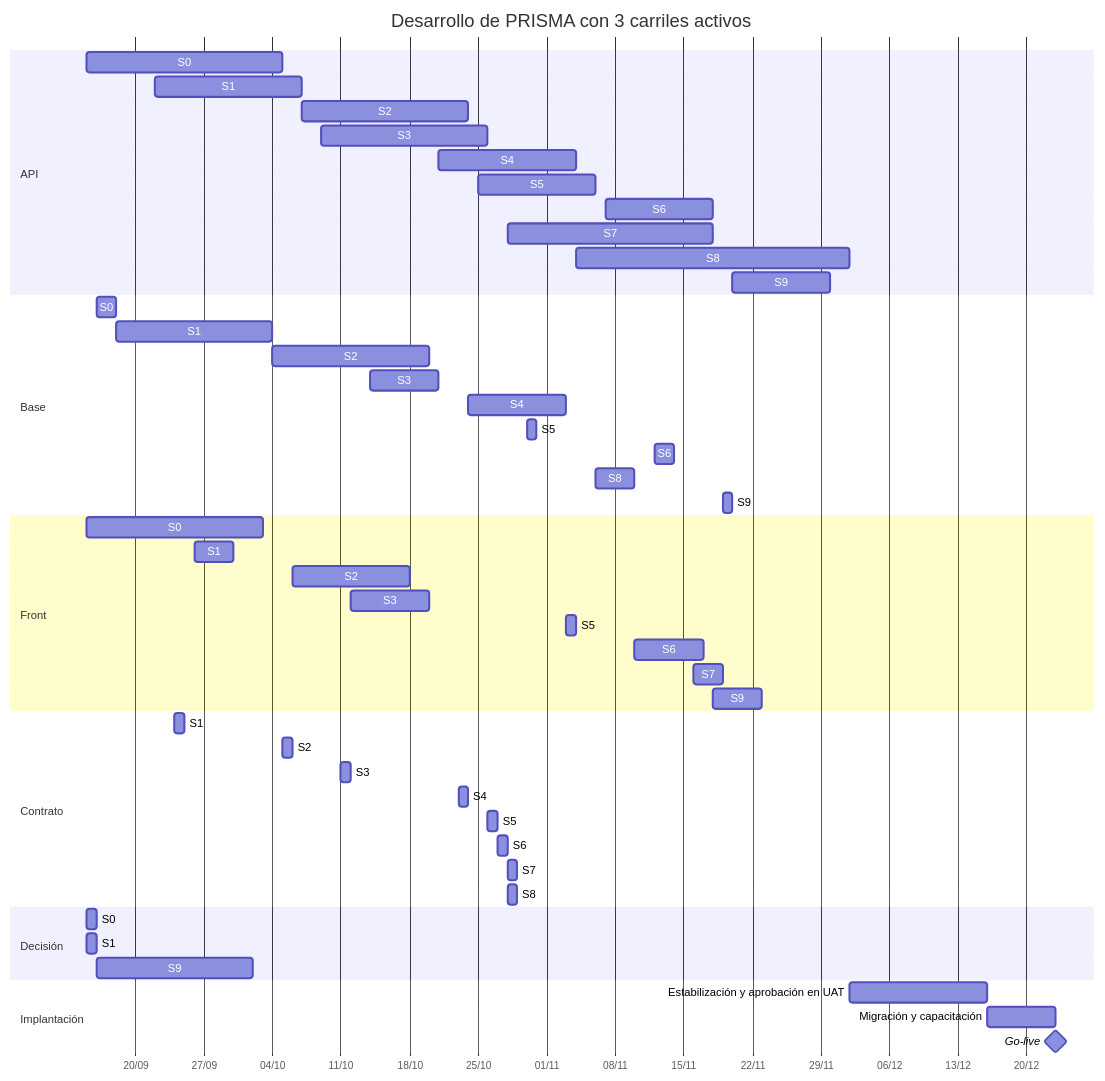
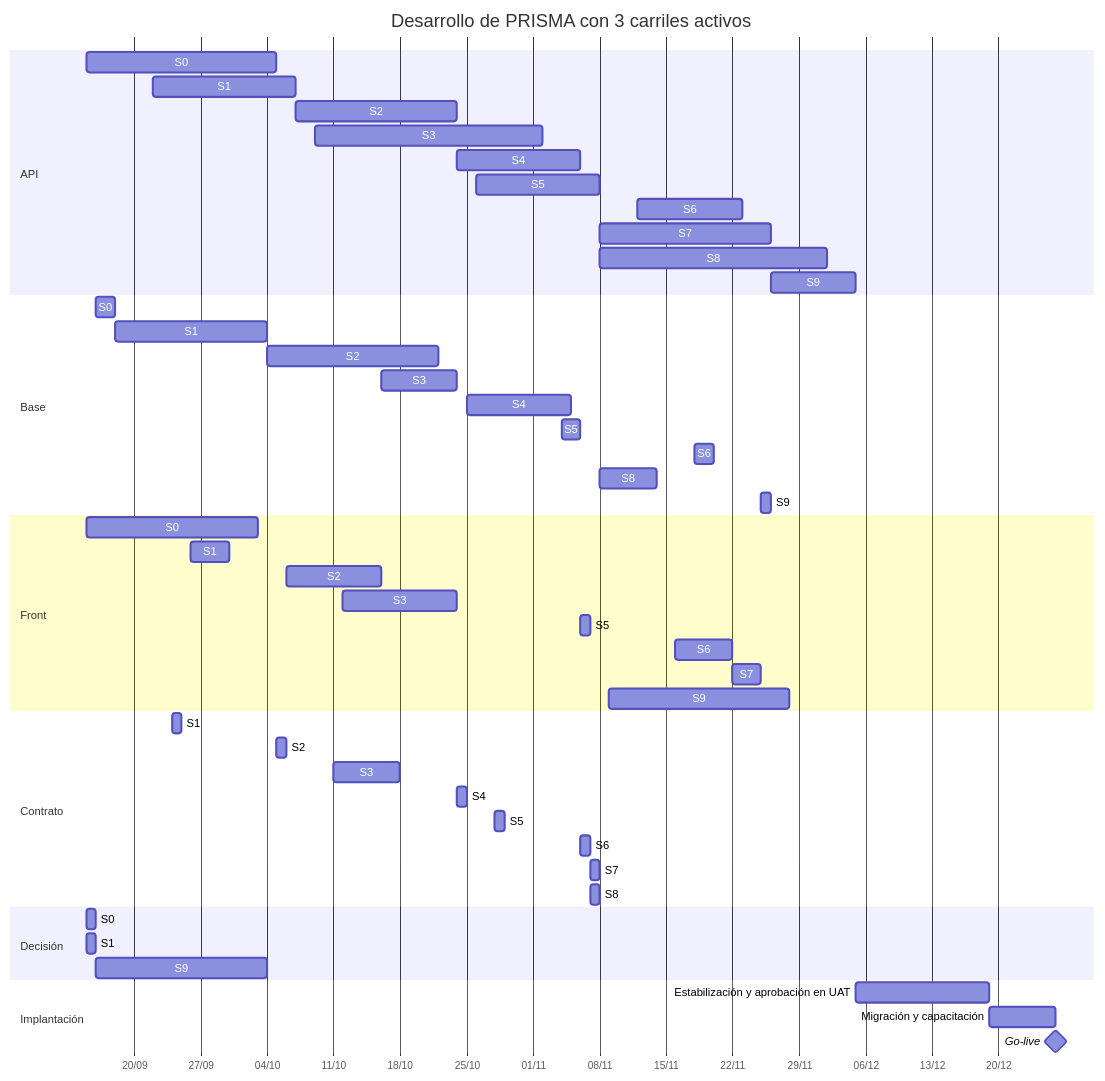
Before and after one commit to Juanchope039/Finanzas-PRISMA: the first of 2 diagrams in docs/08-plan-de-desarrollo.md, drawn with Mermaid. The commit also changed other lines of this file and 7 other files, not shown here.

````diff
--- a/docs/08-plan-de-desarrollo.md
+++ b/docs/08-plan-de-desarrollo.md
@@ -172,59 +172,59 @@
 ```mermaid
 gantt
     title Desarrollo de PRISMA con 3 carriles activos
     dateFormat YYYY-MM-DD
     axisFormat %d/%m
 
     section API
     S0 :api0, 2026-09-15, 2026-10-05
     S1 :api1, 2026-09-22, 2026-10-07
     S2 :api2, 2026-10-07, 2026-10-24
-    S3 :api3, 2026-10-09, 2026-10-26
-    S4 :api4, 2026-10-21, 2026-11-04
-    S5 :api5, 2026-10-25, 2026-11-06
-    S6 :api6, 2026-11-07, 2026-11-18
-    S7 :api7, 2026-10-28, 2026-11-18
-    S8 :api8, 2026-11-04, 2026-12-02
-    S9 :api9, 2026-11-20, 2026-11-30
+    S3 :api3, 2026-10-09, 2026-11-02
+    S4 :api4, 2026-10-24, 2026-11-06
+    S5 :api5, 2026-10-26, 2026-11-08
+    S6 :api6, 2026-11-12, 2026-11-23
+    S7 :api7, 2026-11-08, 2026-11-26
+    S8 :api8, 2026-11-08, 2026-12-02
+    S9 :api9, 2026-11-26, 2026-12-05
 
     section Base
     S0 :base0, 2026-09-16, 2026-09-18
     S1 :base1, 2026-09-18, 2026-10-04
-    S2 :base2, 2026-10-04, 2026-10-20
-    S3 :base3, 2026-10-14, 2026-10-21
-    S4 :base4, 2026-10-24, 2026-11-03
-    S5 :base5, 2026-10-30, 2026-10-31
-    S6 :base6, 2026-11-12, 2026-11-14
-    S8 :base8, 2026-11-06, 2026-11-10
-    S9 :base9, 2026-11-19, 2026-11-20
+    S2 :base2, 2026-10-04, 2026-10-22
+    S3 :base3, 2026-10-16, 2026-10-24
+    S4 :base4, 2026-10-25, 2026-11-05
+    S5 :base5, 2026-11-04, 2026-11-06
+    S6 :base6, 2026-11-18, 2026-11-20
+    S8 :base8, 2026-11-08, 2026-11-14
+    S9 :base9, 2026-11-25, 2026-11-26
 
     section Front
     S0 :front0, 2026-09-15, 2026-10-03
     S1 :front1, 2026-09-26, 2026-09-30
-    S2 :front2, 2026-10-06, 2026-10-18
-    S3 :front3, 2026-10-12, 2026-10-20
-    S5 :front5, 2026-11-03, 2026-11-04
-    S6 :front6, 2026-11-10, 2026-11-17
-    S7 :front7, 2026-11-16, 2026-11-19
-    S9 :front9, 2026-11-18, 2026-11-23
+    S2 :front2, 2026-10-06, 2026-10-16
+    S3 :front3, 2026-10-12, 2026-10-24
+    S5 :front5, 2026-11-06, 2026-11-07
+    S6 :front6, 2026-11-16, 2026-11-22
+    S7 :front7, 2026-11-22, 2026-11-25
+    S9 :front9, 2026-11-09, 2026-11-28
 
     section Contrato
     S1 :contrato1, 2026-09-24, 2026-09-25
     S2 :contrato2, 2026-10-05, 2026-10-06
-    S3 :contrato3, 2026-10-11, 2026-10-12
-    S4 :contrato4, 2026-10-23, 2026-10-24
-    S5 :contrato5, 2026-10-26, 2026-10-27
-    S6 :contrato6, 2026-10-27, 2026-10-28
-    S7 :contrato7, 2026-10-28, 2026-10-29
-    S8 :contrato8, 2026-10-28, 2026-10-29
+    S3 :contrato3, 2026-10-11, 2026-10-18
+    S4 :contrato4, 2026-10-24, 2026-10-25
+    S5 :contrato5, 2026-10-28, 2026-10-29
+    S6 :contrato6, 2026-11-06, 2026-11-07
+    S7 :contrato7, 2026-11-07, 2026-11-08
+    S8 :contrato8, 2026-11-07, 2026-11-08
 
     section Decisión
     S0 :decisin0, 2026-09-15, 2026-09-16
     S1 :decisin1, 2026-09-15, 2026-09-16
-    S9 :decisin9, 2026-09-16, 2026-10-02
+    S9 :decisin9, 2026-09-16, 2026-10-04
 
     section Implantación
-    Estabilización y aprobación en UAT :est, 2026-12-02, 2026-12-16
-    Migración y capacitación :mig, 2026-12-16, 2026-12-23
-    Go-live :milestone, 2026-12-23, 0d
+    Estabilización y aprobación en UAT :est, 2026-12-05, 2026-12-19
+    Migración y capacitación :mig, 2026-12-19, 2026-12-26
+    Go-live :milestone, 2026-12-26, 0d
 ```
````
